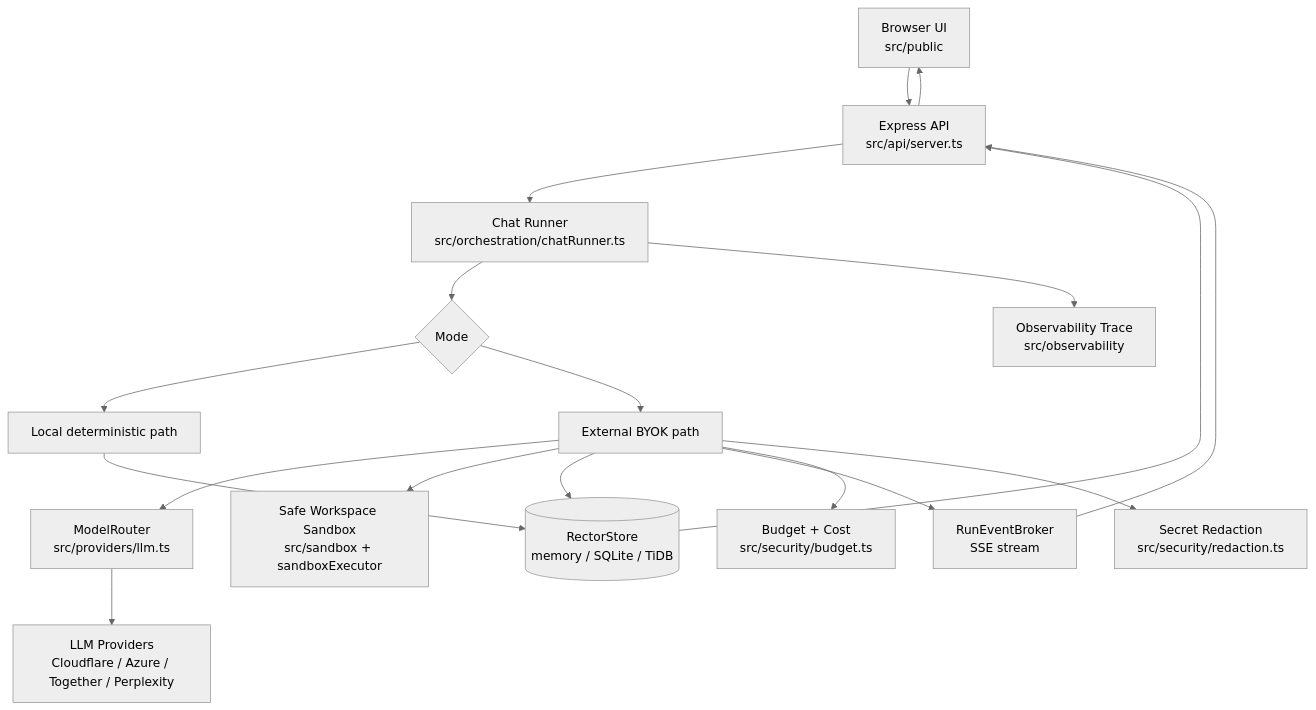
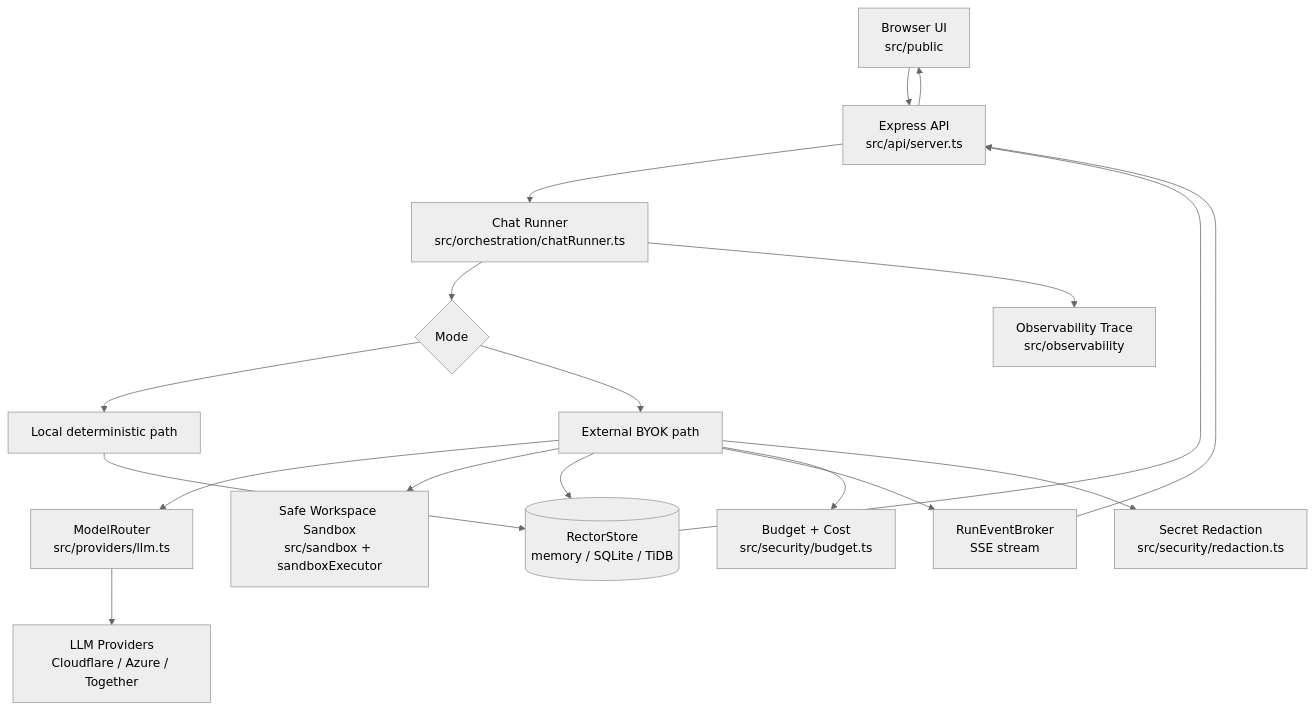
One commit to ArchiTecCTT/Rector changed the second of 17 diagrams in docs/architecture/current-rector-byok-architecture.md. Above: the diagram before and after it, drawn with Mermaid (neutral theme). The commit also changed other lines of this file and 14 other files, not shown here.

````diff
--- a/docs/architecture/current-rector-byok-architecture.md
+++ b/docs/architecture/current-rector-byok-architecture.md
@@ -108,24 +108,24 @@
 ```mermaid
 flowchart TB
   Browser[Browser UI\nsrc/public] --> API[Express API\nsrc/api/server.ts]
   API --> Runner[Chat Runner\nsrc/orchestration/chatRunner.ts]
 
   Runner --> Mode{Mode}
   Mode --> Local[Local deterministic path]
   Mode --> External[External BYOK path]
 
   External --> Router[ModelRouter\nsrc/providers/llm.ts]
-  Router --> Providers[LLM Providers\nCloudflare / Azure / Together / Perplexity]
+  Router --> Providers[LLM Providers\nCloudflare / Azure / Together]
 
   External --> Sandbox[Safe Workspace Sandbox\nsrc/sandbox + sandboxExecutor]
   External --> Store[(RectorStore\nmemory / SQLite / TiDB)]
   External --> Broker[RunEventBroker\nSSE stream]
   External --> Budget[Budget + Cost\nsrc/security/budget.ts]
   External --> Redaction[Secret Redaction\nsrc/security/redaction.ts]
 
   Local --> Store
   Runner --> Observability[Observability Trace\nsrc/observability]
   Store --> API
   Broker --> API
   API --> Browser
 ```
````
